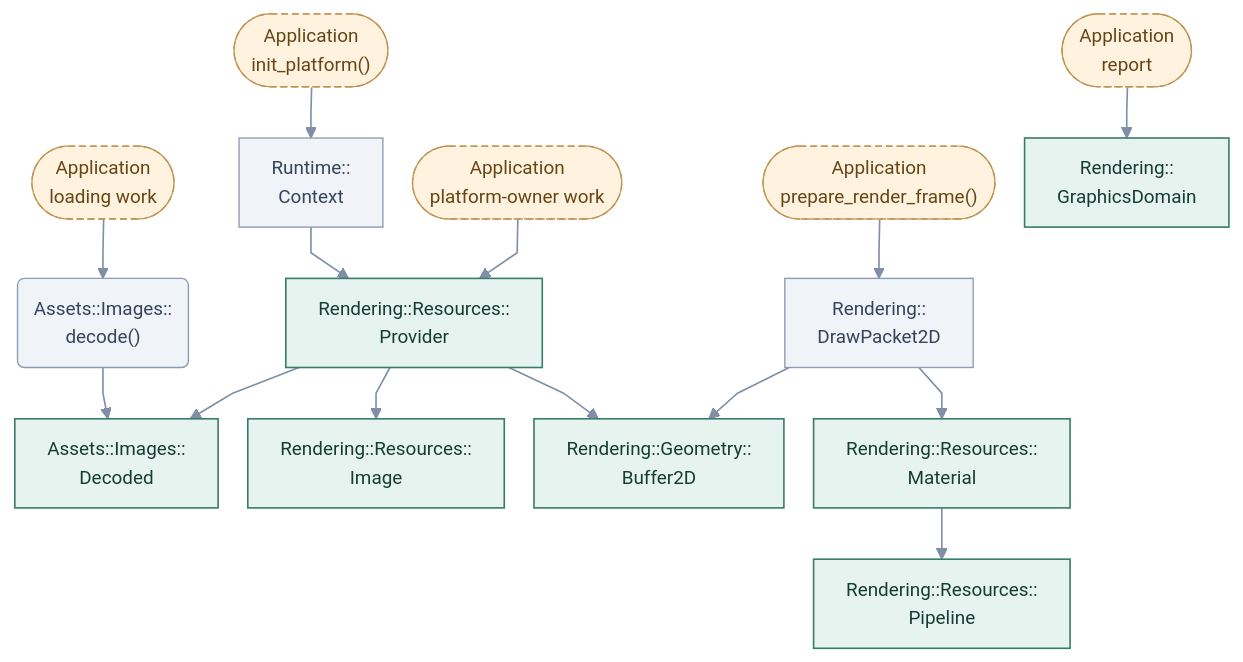
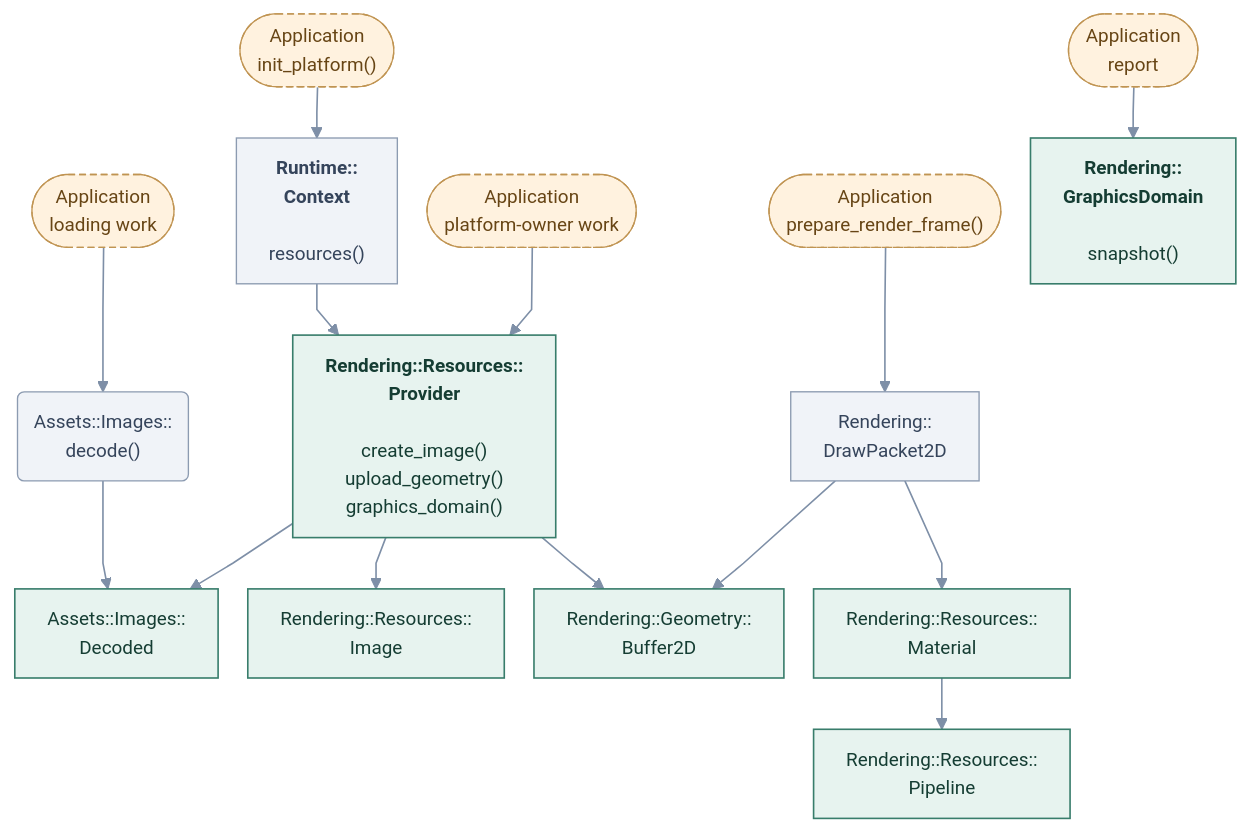
The diagram in docs/site/engine-systems/diagrams/resources-application.mmd (cppcooper/cheryl-engine), drawn with Mermaid before and after one commit. The commit also changed 25 other files, not shown here.

First line of the commit message:
Adds public method entry points to application diagrams

```diff
--- a/docs/site/engine-systems/diagrams/resources-application.mmd
+++ b/docs/site/engine-systems/diagrams/resources-application.mmd
@@ -1,49 +1,49 @@
 ---
 config:
   theme: base
   themeVariables:
     fontFamily: system-ui, sans-serif
     fontSize: 14px
   flowchart:
     htmlLabels: true
     curve: linear
     nodeSpacing: 22
     rankSpacing: 38
     padding: 12
 ---
 flowchart TB
     accTitle: Resources · application uploads and retained draws
-    accDescr: Arrows point toward dependencies. Application roles are rounded; named API operations have rounded corners. Dashed arrows mark optional choices.
+    accDescr: Arrows point toward the API or type used, not call order or data flow. Methods beneath type names are selected application entry points; Implement hooks marks engine-invoked overrides. Dashed arrows mark optional choices.
     k0(["Application<br/>loading work"]):::app
     k1("Assets::Images::<br/>decode()"):::neighbor
     k2["Assets::Images::<br/>Decoded"]:::focal
     k3(["Application<br/>init_platform()"]):::app
-    k4["Runtime::<br/>Context"]:::neighbor
-    k5["Rendering::Resources::<br/>Provider"]:::focal
+    k4["<b>Runtime::<br/>Context</b><br/><br/>resources()"]:::neighbor
+    k5["<b>Rendering::Resources::<br/>Provider</b><br/><br/>create_image()<br/>upload_geometry()<br/>graphics_domain()"]:::focal
     k6(["Application<br/>platform-owner work"]):::app
     k7["Rendering::Resources::<br/>Image"]:::focal
     k8["Rendering::Geometry::<br/>Buffer2D"]:::focal
     k9["Rendering::Resources::<br/>Material"]:::focal
     k10["Rendering::Resources::<br/>Pipeline"]:::focal
     k11(["Application<br/>prepare_render_frame()"]):::app
     k12["Rendering::<br/>DrawPacket2D"]:::neighbor
     k13(["Application<br/>report"]):::app
-    k14["Rendering::<br/>GraphicsDomain"]:::focal
+    k14["<b>Rendering::<br/>GraphicsDomain</b><br/><br/>snapshot()"]:::focal
     k0 --> k1
     k1 --> k2
     k3 --> k4
     k4 --> k5
     k6 --> k5
     k5 --> k2
     k5 --> k7
     k5 --> k8
     k9 --> k10
     k11 --> k12
     k12 --> k9
     k12 --> k8
     k13 --> k14
     classDef focal fill:#e7f3ef,stroke:#387d6b,color:#153d33,stroke-width:1.2px
     classDef neighbor fill:#f0f3f8,stroke:#8c9bb1,color:#35445b,stroke-width:1px
     classDef app fill:#fff2df,stroke:#c09452,color:#674515,stroke-dasharray:5 3
     classDef system fill:#eaf0fc,stroke:#617fab,color:#263f69,stroke-width:1.2px
     linkStyle default stroke:#7e8fa7,stroke-width:1.2px
```
